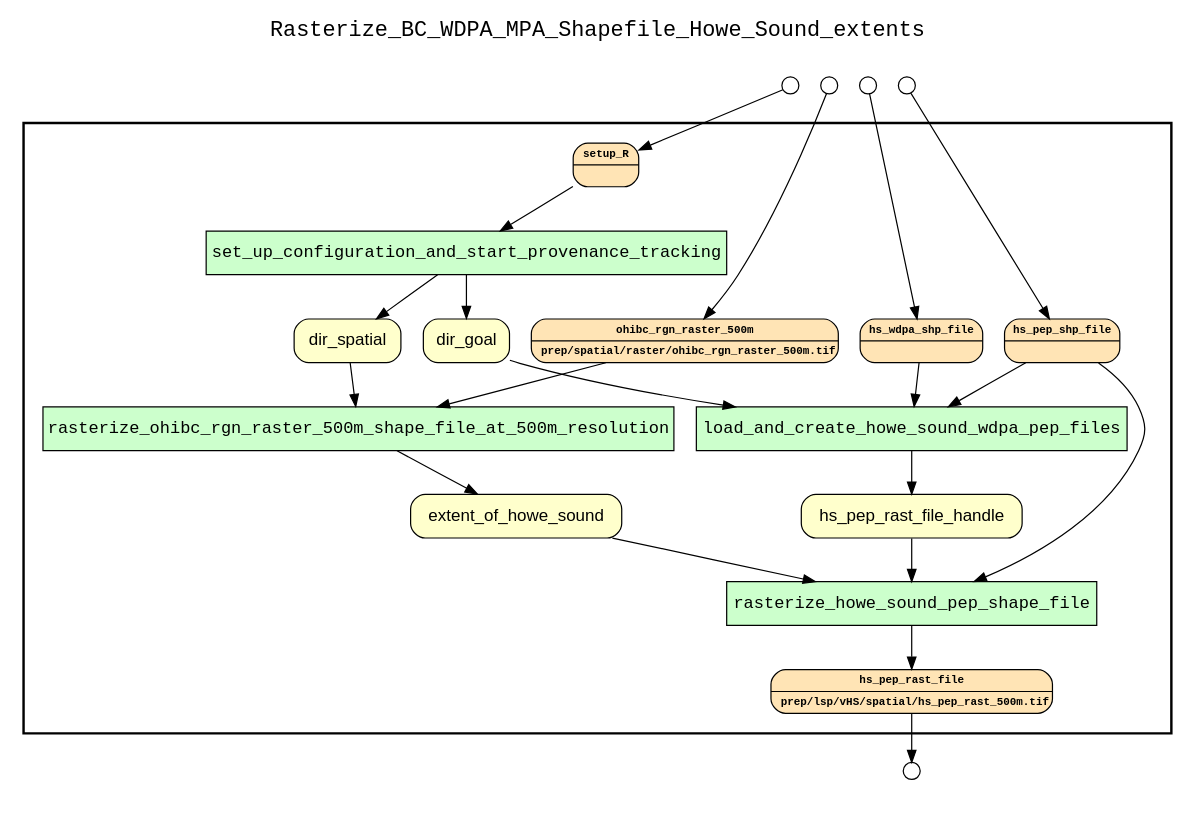
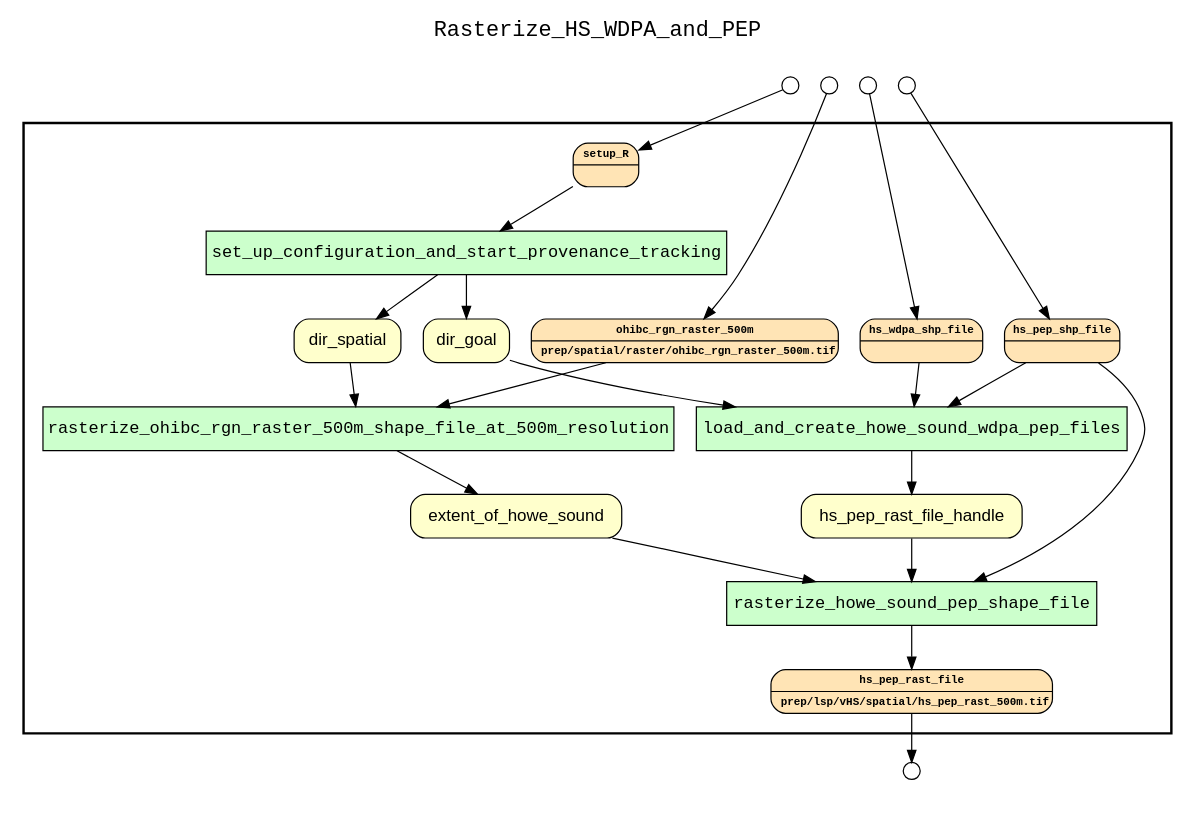
Before and after one commit to sycao5/runManager-multipleRuns: the diagram in examples/OHIBC_Howe_Sound/hybrid provenance queries/examples/rasterize_HS_WDPA_and_PEP/results/wf_recon_upstream_of_hs_pep_rast_file.gv, drawn with Graphviz. The commit also changed 276 other files, not shown here.

```diff
--- a/examples/OHIBC_Howe_Sound/hybrid provenance queries/examples/rasterize_HS_WDPA_and_PEP/results/wf_recon_upstream_of_hs_pep_rast_file.gv
+++ b/examples/OHIBC_Howe_Sound/hybrid provenance queries/examples/rasterize_HS_WDPA_and_PEP/results/wf_recon_upstream_of_hs_pep_rast_file.gv
@@ -1,60 +1,60 @@
 
 digraph yw_data_view {
 rankdir=TB
 fontname=Courier; fontsize=18; labelloc=t
-label="Rasterize_BC_WDPA_MPA_Shapefile_Howe_Sound_extents"
+label="Rasterize_HS_WDPA_and_PEP"
 subgraph cluster_workflow { label=""; color=black; penwidth=2
 subgraph cluster_workflow_inner { label=""; color=white
 node[shape=box style="filled" fillcolor="#CCFFCC" peripheries=1 fontname=Courier]
 load_and_create_howe_sound_wdpa_pep_files
 rasterize_ohibc_rgn_raster_500m_shape_file_at_500m_resolution
 set_up_configuration_and_start_provenance_tracking
 rasterize_howe_sound_pep_shape_file
 node[shape=box style="filled" fillcolor="#CCFFCC" peripheries=1 fontname=Courier]
 node[shape=box style="rounded,filled" fillcolor="#FFFFCC" peripheries=1 fontname=Helvetica]
 dir_spatial
 dir_goal
 extent_of_howe_sound
 hs_pep_rast_file_handle
 node[shape=box style="rounded,filled" fillcolor="#FFE4B5" peripheries=1 fontname="Courier-Bold" fontsize=9]
 setup_R[shape=record rankdir=LR label="{<f0> setup_R |<f1>}"]
 ohibc_rgn_raster_500m[shape=record rankdir=LR label="{<f0> ohibc_rgn_raster_500m |<f1>prep/spatial/raster/ohibc_rgn_raster_500m.tif\l}"]
 hs_wdpa_shp_file[shape=record rankdir=LR label="{<f0> hs_wdpa_shp_file |<f1>}"]
 hs_pep_shp_file[shape=record rankdir=LR label="{<f0> hs_pep_shp_file |<f1>}"]
 node[shape=box style="rounded,filled" fillcolor="#FFE4B5" peripheries=1 fontname="Courier-Bold" fontsize=9]
 hs_pep_rast_file[shape=record rankdir=LR label="{<f0> hs_pep_rast_file |<f1>prep/lsp/vHS/spatial/hs_pep_rast_500m.tif\l}"]
 node[shape=box style="rounded,filled" fillcolor="#FFFFFF" peripheries=1 fontname=Helvetica]
 }}
 subgraph cluster_inflows { label=""; color=white; penwidth=2
 subgraph cluster_inflows_inner { label=""; color=white
 node[shape=circle fillcolor="#FFFFFF" peripheries=1 width=0.2]
 setup_R_inflow [label=""]
 ohibc_rgn_raster_500m_inflow [label=""]
 hs_wdpa_shp_file_inflow [label=""]
 hs_pep_shp_file_inflow [label=""]
 }}
 subgraph cluster_outflows { label=""; color=white; penwidth=2
 subgraph cluster_outflows_inner { label=""; color=white
 node[shape=circle fillcolor="#FFFFFF" peripheries=1 width=0.2]
 hs_pep_rast_file_outflow [label=""]
 }}
 hs_pep_rast_file_handle -> rasterize_howe_sound_pep_shape_file
 hs_pep_shp_file -> rasterize_howe_sound_pep_shape_file
 hs_pep_shp_file -> load_and_create_howe_sound_wdpa_pep_files
 hs_wdpa_shp_file -> load_and_create_howe_sound_wdpa_pep_files
 extent_of_howe_sound -> rasterize_howe_sound_pep_shape_file
 ohibc_rgn_raster_500m -> rasterize_ohibc_rgn_raster_500m_shape_file_at_500m_resolution
 dir_goal -> load_and_create_howe_sound_wdpa_pep_files
 dir_spatial -> rasterize_ohibc_rgn_raster_500m_shape_file_at_500m_resolution
 setup_R -> set_up_configuration_and_start_provenance_tracking
 set_up_configuration_and_start_provenance_tracking -> dir_spatial
 set_up_configuration_and_start_provenance_tracking -> dir_goal
 rasterize_ohibc_rgn_raster_500m_shape_file_at_500m_resolution -> extent_of_howe_sound
 load_and_create_howe_sound_wdpa_pep_files -> hs_pep_rast_file_handle
 rasterize_howe_sound_pep_shape_file -> hs_pep_rast_file
 setup_R_inflow -> setup_R
 ohibc_rgn_raster_500m_inflow -> ohibc_rgn_raster_500m
 hs_wdpa_shp_file_inflow -> hs_wdpa_shp_file
 hs_pep_shp_file_inflow -> hs_pep_shp_file
 hs_pep_rast_file -> hs_pep_rast_file_outflow
 }
```
